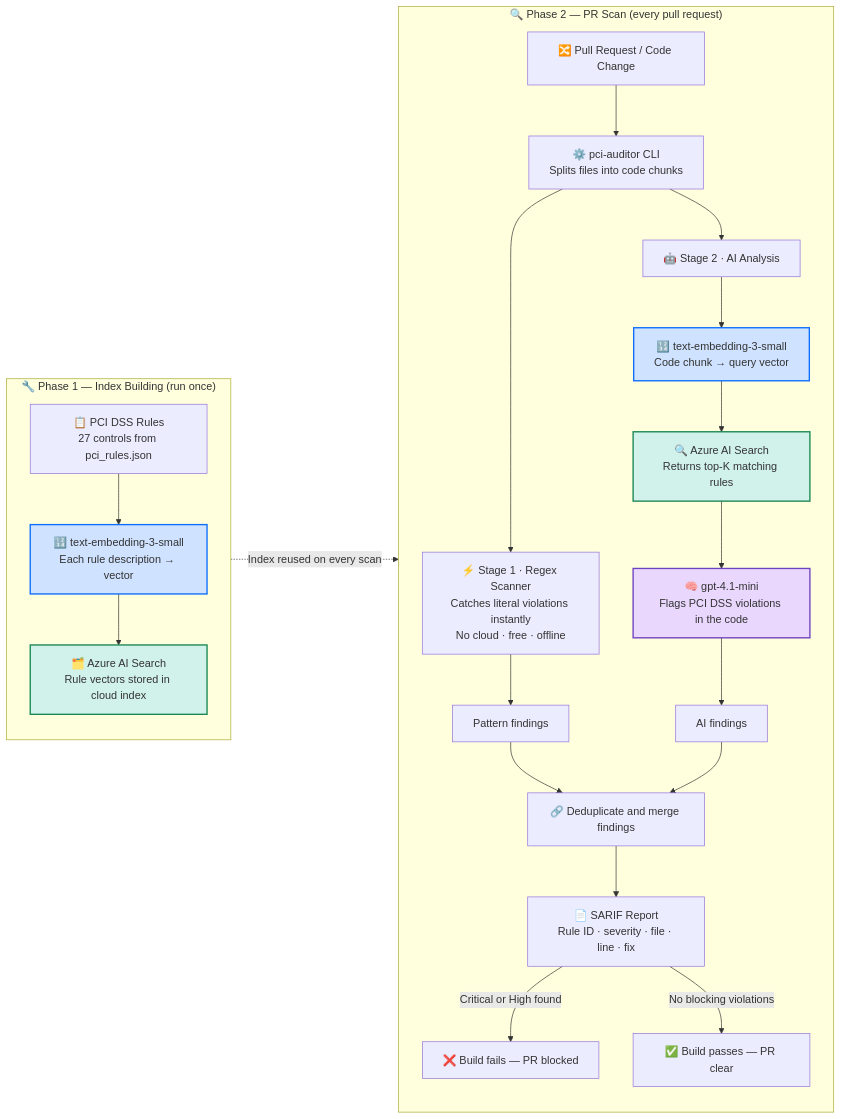
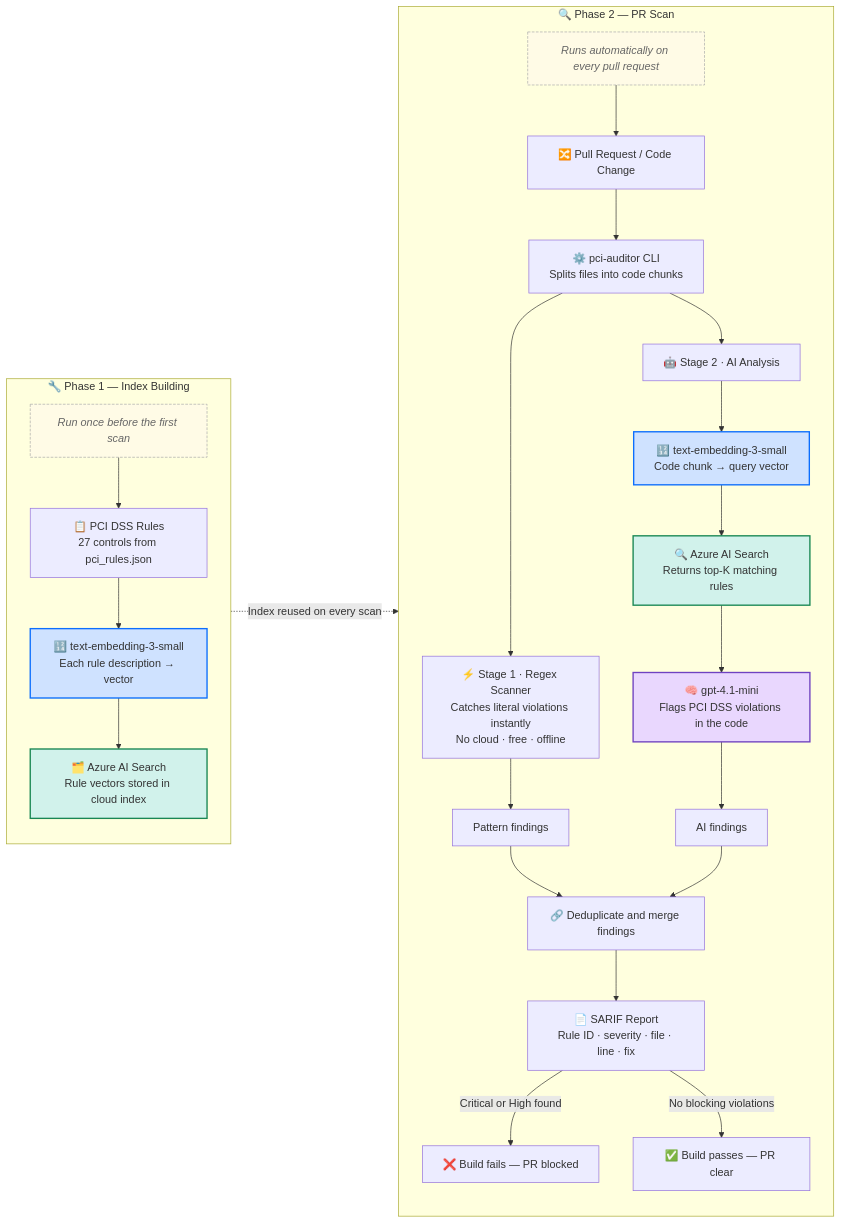
Before and after one commit to nilavanrajamani/pci-auditor: the second of 2 diagrams in README.md, drawn with Mermaid.

Commit message:
docs: move subgraph timing descriptions into note nodes to fix title clipping

````diff
--- a/README.md
+++ b/README.md
@@ -85,52 +85,55 @@
 ```mermaid
 flowchart LR
-    subgraph SETUP ["🔧  Phase 1 — Index Building   (run once)"]
+    subgraph SETUP ["🔧  Phase 1 — Index Building"]
         direction TB
+        NOTE1["Run once before the first scan"]:::note
         RULES["📋 PCI DSS Rules<br/>27 controls from pci_rules.json"]
         EMBD1["🔢 text-embedding-3-small<br/>Each rule description → vector"]
         INDEX["🗂️ Azure AI Search<br/>Rule vectors stored in cloud index"]
-        RULES --> EMBD1 --> INDEX
+        NOTE1 --> RULES --> EMBD1 --> INDEX
     end
 
-    subgraph SCAN ["🔍  Phase 2 — PR Scan   (every pull request)"]
+    subgraph SCAN ["🔍  Phase 2 — PR Scan"]
         direction TB
+        NOTE2["Runs automatically on every pull request"]:::note
         PR["🔀 Pull Request / Code Change"]
         CLI["⚙️ pci-auditor CLI<br/>Splits files into code chunks"]
-        PR --> CLI
+        NOTE2 --> PR --> CLI
 
         REGEX["⚡ Stage 1 · Regex Scanner<br/>Catches literal violations instantly<br/>No cloud · free · offline"]
         AISTAGE["🤖 Stage 2 · AI Analysis"]
         CLI --> REGEX
         CLI --> AISTAGE
 
         EMBD2["🔢 text-embedding-3-small<br/>Code chunk → query vector"]
         SEARCHQ["🔍 Azure AI Search<br/>Returns top-K matching rules"]
         GPT["🧠 gpt-4.1-mini<br/>Flags PCI DSS violations in the code"]
         AISTAGE --> EMBD2 --> SEARCHQ --> GPT
 
         PF["Pattern findings"]
         AF["AI findings"]
         REGEX --> PF
         GPT --> AF
 
         MERGE["🔗 Deduplicate and merge findings"]
         PF --> MERGE
         AF --> MERGE
 
         SARIF["📄 SARIF Report<br/>Rule ID · severity · file · line · fix"]
         MERGE --> SARIF
 
         FAIL["❌ Build fails — PR blocked"]
         PASS["✅ Build passes — PR clear"]
         SARIF -->|"Critical or High found"| FAIL
         SARIF -->|"No blocking violations"| PASS
     end
 
     SETUP -.->|"Index reused on every scan"| SCAN
 
     style EMBD1   fill:#cfe2ff,stroke:#0d6efd,stroke-width:2px
     style EMBD2   fill:#cfe2ff,stroke:#0d6efd,stroke-width:2px
     style GPT     fill:#e9d7fe,stroke:#6f42c1,stroke-width:2px
     style INDEX   fill:#d1f2eb,stroke:#198754,stroke-width:2px
     style SEARCHQ fill:#d1f2eb,stroke:#198754,stroke-width:2px
+    classDef note fill:#fffbe6,stroke:#aaa,stroke-dasharray:4 2,color:#666,font-style:italic
 ```
````
